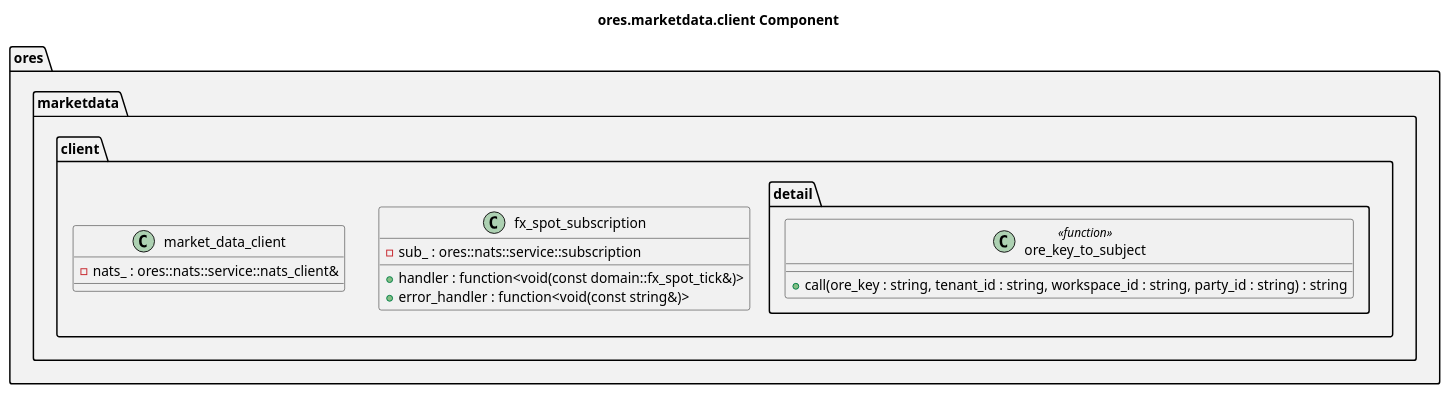
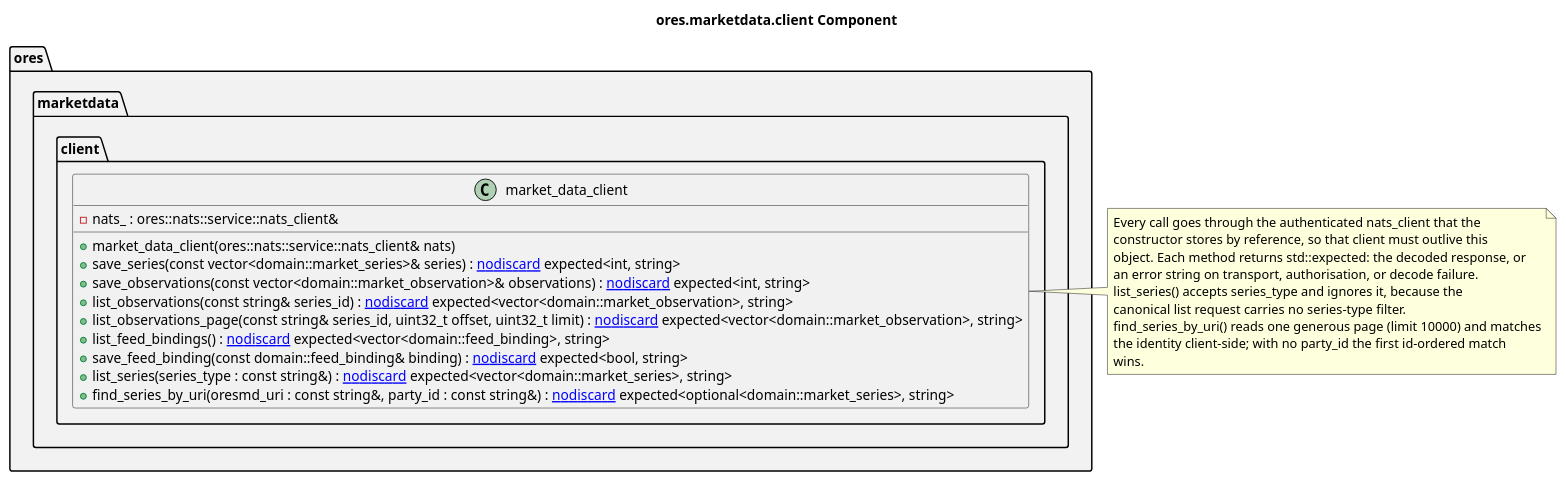
One commit to OreStudio/OreStudio changed the diagram in projects/ores.marketdata/client/modeling/ores.marketdata.client.puml. Above: the diagram before and after it, drawn with PlantUML. The commit also changed 7 other files, not shown here.

First line of the commit message:
[marketdata] Author the part diagrams in two passes

```diff
--- a/projects/ores.marketdata/client/modeling/ores.marketdata.client.puml
+++ b/projects/ores.marketdata/client/modeling/ores.marketdata.client.puml
@@ -18,32 +18,58 @@
 @startuml
 
 title ores.marketdata.client Component
 
 set namespaceSeparator ::
 
 namespace ores #F2F2F2 {
     namespace marketdata #F2F2F2 {
         namespace client #F2F2F2 {
-            class fx_spot_subscription {
-                +handler : function<void(const domain::fx_spot_tick&)>
-                +error_handler : function<void(const string&)>
-                -sub_ : ores::nats::service::subscription
-            }
             class market_data_client {
                 -nats_ : ores::nats::service::nats_client&
-            }
-            namespace detail #F2F2F2 {
-                class ore_key_to_subject <<function>> {
-                    +call(ore_key : string, tenant_id : string, workspace_id : string, party_id : string) : string
-                }
+                +market_data_client(ores::nats::service::nats_client& nats)
+                +save_series(const vector<domain::market_series>& series) : [[nodiscard]] expected<int, string>
+                +save_observations(const vector<domain::market_observation>& observations) : [[nodiscard]] expected<int, string>
+                +list_observations(const string& series_id) : [[nodiscard]] expected<vector<domain::market_observation>, string>
+                +list_observations_page(const string& series_id, uint32_t offset, uint32_t limit) : [[nodiscard]] expected<vector<domain::market_observation>, string>
+                +list_feed_bindings() : [[nodiscard]] expected<vector<domain::feed_binding>, string>
+                +save_feed_binding(const domain::feed_binding& binding) : [[nodiscard]] expected<bool, string>
             }
         }
     }
 }
 
 ' --- manual: everything below this line is hand-authored; the script preserves it ---
 
+' Relationships the automated pass cannot see.
+'
+' The generator emits a box per class with its members and no edges, so every
+' line below is read from the code rather than derived from it. A data member
+' is ownership (*--); a type that appears only in a signature is a dependency
+' (..>). Types from another component are left out, per the class-diagram
+' conventions.
+
+' No component-local edges: this part names only its own types and types from other components.
+
+' The parser drops a declaration whose parameter default carries braces. Both
+' public methods below have one, so the generated box omits them.
+
+class ores::marketdata::client::market_data_client {
+    +list_series(series_type : const string&) : [[nodiscard]] expected<vector<domain::market_series>, string>
+    +find_series_by_uri(oresmd_uri : const string&, party_id : const string&) : [[nodiscard]] expected<optional<domain::market_series>, string>
+}
+note right of "ores::marketdata::client::market_data_client"
+Every call goes through the authenticated nats_client that the
+constructor stores by reference, so that client must outlive this
+object. Each method returns std::expected: the decoded response, or
+an error string on transport, authorisation, or decode failure.
+list_series() accepts series_type and ignores it, because the
+canonical list request carries no series-type filter.
+find_series_by_uri() reads one generous page (limit 10000) and matches
+the identity client-side; with no party_id the first id-ordered match
+wins.
+end note
+
 ' Local Variables:
 ' compile-command: "java -Djava.awt.headless=true -DPLANTUML_SECURITY_PROFILE=UNSECURE -DPLANTUML_LIMIT_SIZE=65535 -jar /usr/share/plantuml/plantuml.jar ores.marketdata.client.puml"
 ' End:
 @enduml
```
